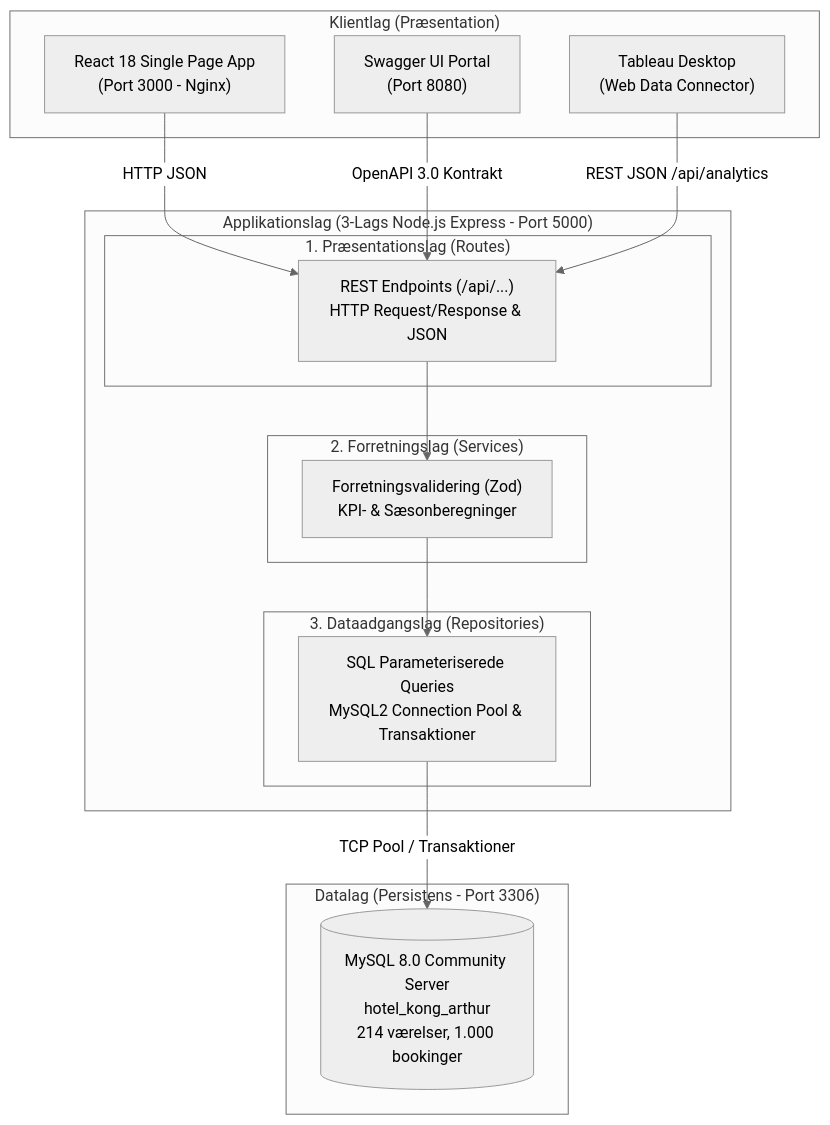
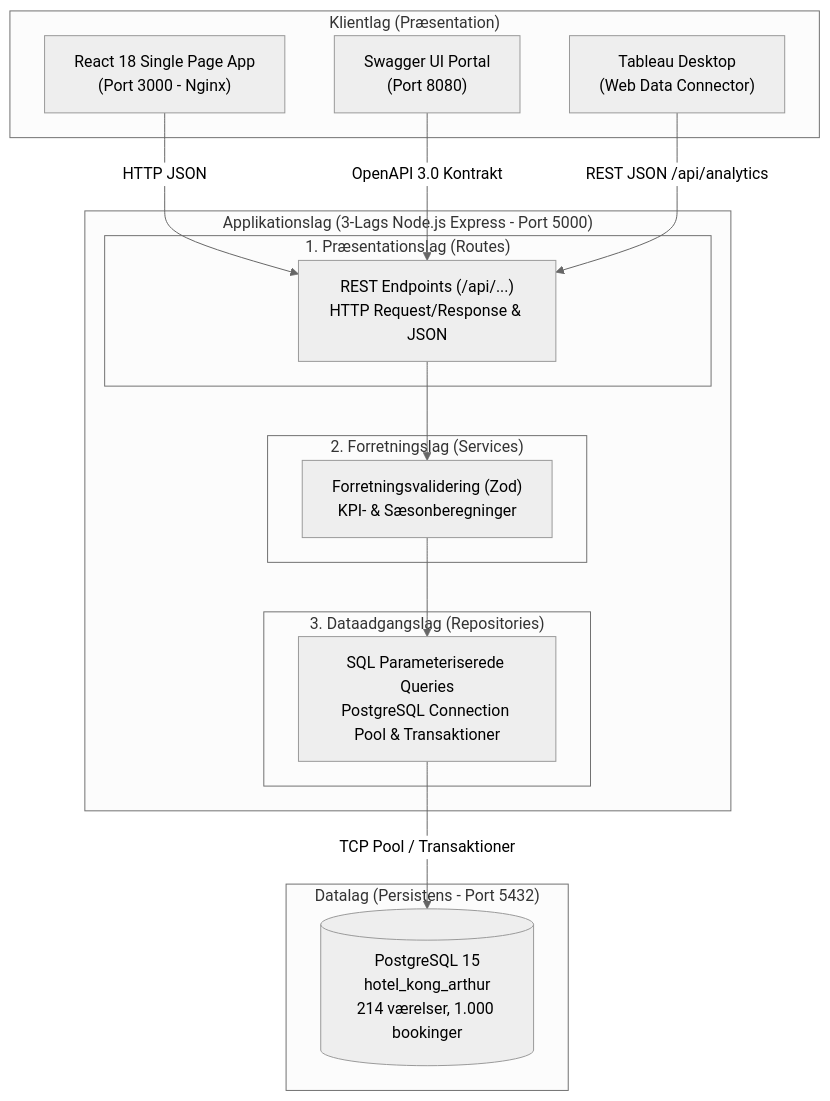
The diagram in README.md (Junkersje/Hotel-Kong-Arthur-SCAMM-Tv-rfaglig-Opgave), drawn with Mermaid (neutral theme) before and after one commit. The commit also changed other lines of this file and 21 other files, not shown here.

Commit message:
Ændringer i database format. Udskiftning af MySQL til postgreSQL

````diff
--- a/README.md
+++ b/README.md
@@ -19,31 +19,31 @@
 ```mermaid
 graph TD
     subgraph Klienter["Klientlag (Præsentation)"]
         Browser["React 18 Single Page App<br/>(Port 3000 - Nginx)"]
         Swagger["Swagger UI Portal<br/>(Port 8080)"]
         Tableau["Tableau Desktop<br/>(Web Data Connector)"]
     end
 
     subgraph BackendApp["Applikationslag (3-Lags Node.js Express - Port 5000)"]
         subgraph Layer1["1. Præsentationslag (Routes)"]
             Routes["REST Endpoints (/api/...)<br/>HTTP Request/Response & JSON"]
         end
         subgraph Layer2["2. Forretningslag (Services)"]
             Services["Forretningsvalidering (Zod)<br/>KPI- & Sæsonberegninger"]
         end
         subgraph Layer3["3. Dataadgangslag (Repositories)"]
-            Repos["SQL Parameteriserede Queries<br/>MySQL2 Connection Pool & Transaktioner"]
+            Repos["SQL Parameteriserede Queries<br/>PostgreSQL Connection Pool & Transaktioner"]
         end
         Routes --> Services
         Services --> Repos
     end
 
-    subgraph DatabaseLayer["Datalag (Persistens - Port 3306)"]
-        MySQL[("MySQL 8.0 Community Server<br/>hotel_kong_arthur<br/>214 værelser, 1.000 bookinger")]
+    subgraph DatabaseLayer["Datalag (Persistens - Port 5432)"]
+        PostgreSQL[("PostgreSQL 15<br/>hotel_kong_arthur<br/>214 værelser, 1.000 bookinger")]
     end
 
     Browser -->|HTTP JSON| Routes
     Swagger -->|OpenAPI 3.0 Kontrakt| Routes
     Tableau -->|REST JSON /api/analytics| Routes
-    Repos -->|TCP Pool / Transaktioner| MySQL
+    Repos -->|TCP Pool / Transaktioner| PostgreSQL
 ```
````
